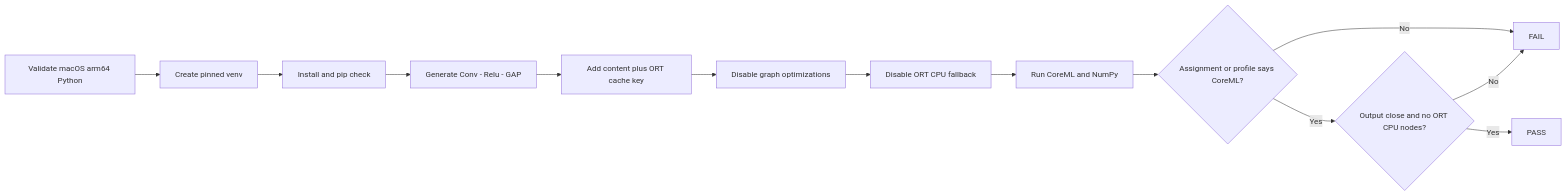
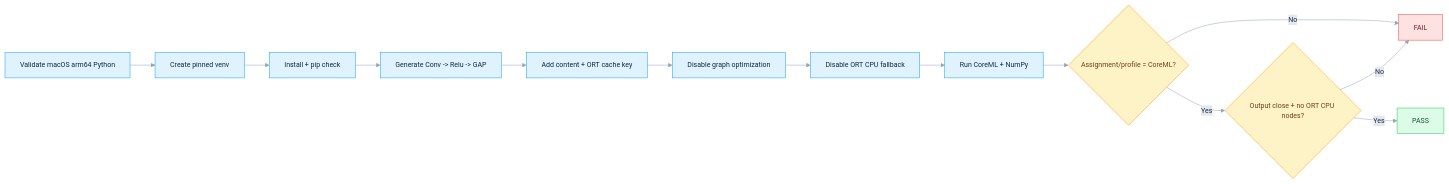
One commit to DakeQQ/Tutorial-ONNX-Runtime-Execution-Providers changed the sixth of 12 diagrams in Apple/README.md. Above: the diagram before and after it, drawn with Mermaid. The commit also changed other lines of this file and 15 other files, not shown here.

````diff
--- a/Apple/README.md
+++ b/Apple/README.md
@@ -184,15 +237,24 @@
 ```mermaid
+%%{init: {"theme":"base","themeVariables":{"fontSize":"14px","lineColor":"#94a3b8","edgeLabelBackground":"#e2e8f0","primaryTextColor":"#1e293b"}}}%%
 flowchart LR
-    A[Validate macOS arm64 Python] --> B[Create pinned venv]
-    B --> C[Install and pip check]
-    C --> D[Generate Conv - Relu - GAP]
-    D --> E[Add content plus ORT cache key]
-    E --> F[Disable graph optimizations]
-    F --> G[Disable ORT CPU fallback]
-    G --> H[Run CoreML and NumPy]
-    H --> I{Assignment or profile says CoreML?}
-    I -->|No| X[FAIL]
-    I -->|Yes| J{Output close and no ORT CPU nodes?}
+    A["Validate macOS arm64 Python"] --> B["Create pinned venv"]
+    B --> C["Install + pip check"]
+    C --> D["Generate Conv -> Relu -> GAP"]
+    D --> E["Add content + ORT cache key"]
+    E --> F["Disable graph optimization"]
+    F --> G["Disable ORT CPU fallback"]
+    G --> H["Run CoreML + NumPy"]
+    H --> I{"Assignment/profile = CoreML?"}
+    I -->|No| X["FAIL"]
+    I -->|Yes| J{"Output close + no ORT CPU nodes?"}
     J -->|No| X
-    J -->|Yes| K[PASS]
+    J -->|Yes| K["PASS"]
+    classDef step fill:#e0f2fe,stroke:#0ea5e9,color:#0c2a3d;
+    classDef dec fill:#fef3c7,stroke:#f59e0b,color:#713f12;
+    classDef good fill:#dcfce7,stroke:#22c55e,color:#14532d;
+    classDef bad fill:#fee2e2,stroke:#ef4444,color:#7f1d1d;
+    class A,B,C,D,E,F,G,H step;
+    class I,J dec;
+    class K good;
+    class X bad;
 ```
````
